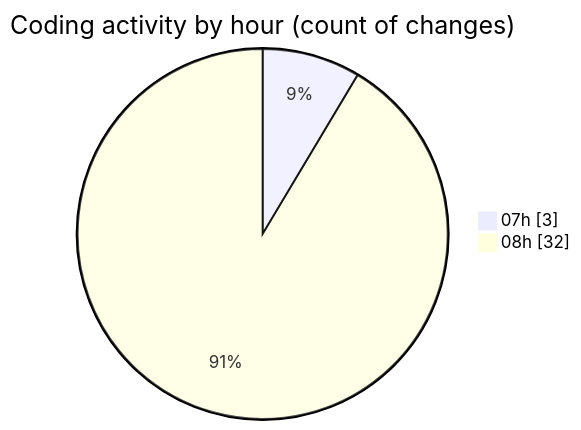
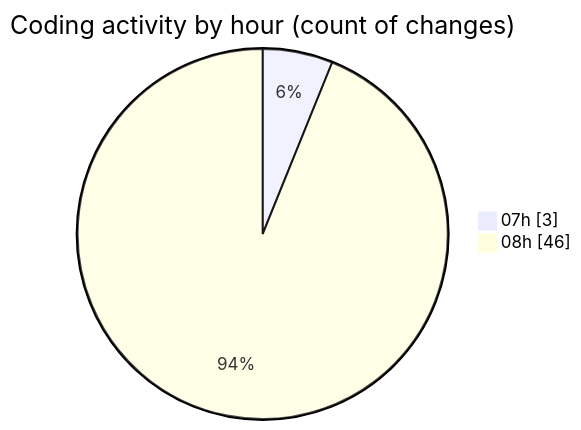
Before and after one commit to lephambinh05/code-tracking: the second of 2 diagrams in 2025-07-10/toolsopenemalpass/README.md, drawn with Mermaid. The commit also changed other lines of this file and 1 other file, not shown here.

````diff
--- a/2025-07-10/toolsopenemalpass/README.md
+++ b/2025-07-10/toolsopenemalpass/README.md
@@ -49,6 +56,6 @@
 ```mermaid
 pie showData
 title Coding activity by hour (count of changes)
 "07h" : 3
-"08h" : 32
+"08h" : 46
 ```
````
